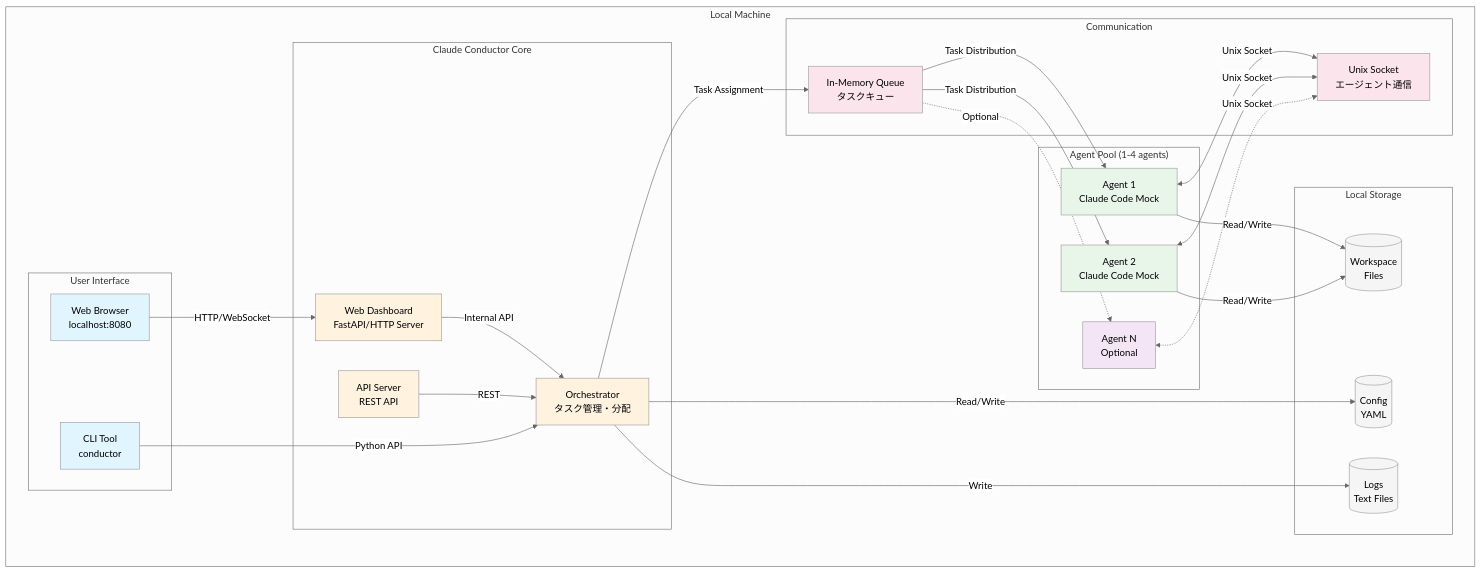
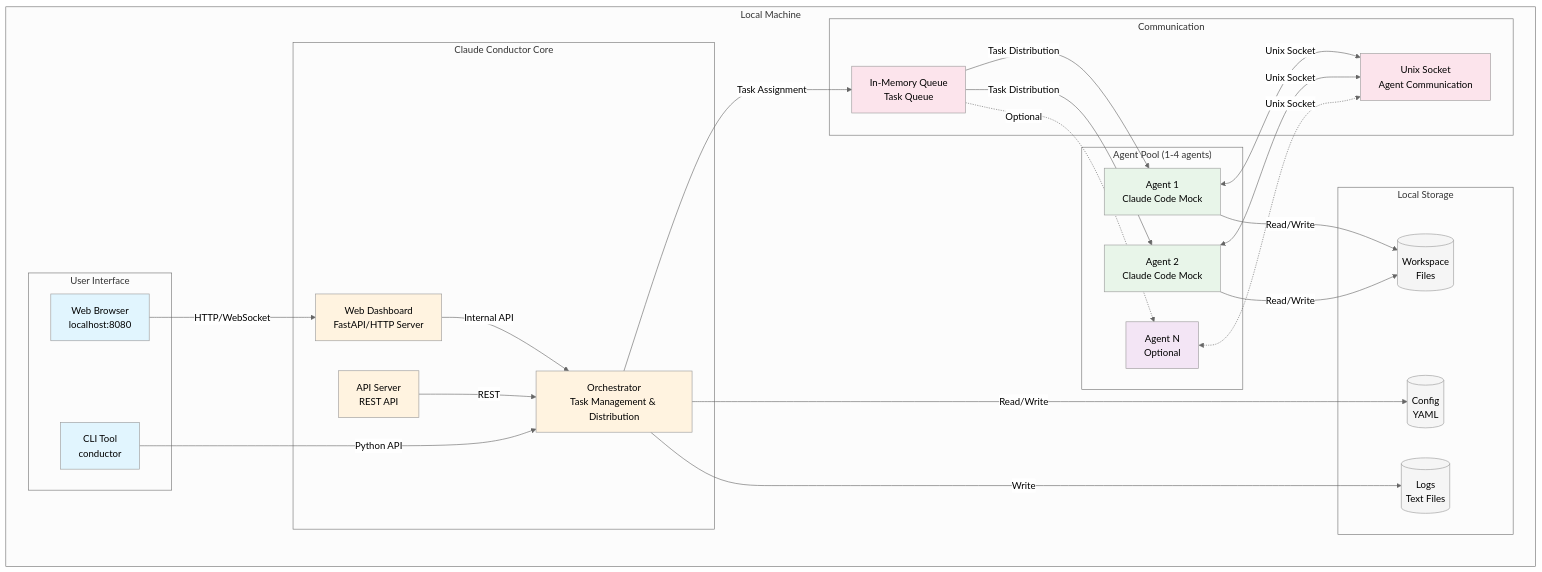
Before and after one commit to ootakazuhiko/claude-conductor: the first of 5 diagrams in docs/architecture-standalone.md, drawn with Mermaid (neutral theme). The commit also changed other lines of this file and 3 other files, not shown here.

First line of the commit message:
Complete bilingual documentation standardization for architecture and specialized docs

````diff
--- a/docs/architecture-standalone.md
+++ b/docs/architecture-standalone.md
@@ -5,65 +7,65 @@
 ```mermaid
 graph TB
     subgraph "Local Machine"
         subgraph "User Interface"
             Browser[Web Browser<br/>localhost:8080]
             CLI[CLI Tool<br/>conductor]
         end
         
         subgraph "Claude Conductor Core"
-            Orchestrator[Orchestrator<br/>タスク管理・分配]
+            Orchestrator[Orchestrator<br/>Task Management & Distribution]
             Dashboard[Web Dashboard<br/>FastAPI/HTTP Server]
             API[API Server<br/>REST API]
         end
         
         subgraph "Agent Pool (1-4 agents)"
             Agent1[Agent 1<br/>Claude Code Mock]
             Agent2[Agent 2<br/>Claude Code Mock]
             AgentN[Agent N<br/>Optional]
         end
         
         subgraph "Local Storage"
             Config[(Config<br/>YAML)]
             Workspace[(Workspace<br/>Files)]
             Logs[(Logs<br/>Text Files)]
         end
         
         subgraph "Communication"
-            Queue[In-Memory Queue<br/>タスクキュー]
-            Socket[Unix Socket<br/>エージェント通信]
+            Queue[In-Memory Queue<br/>Task Queue]
+            Socket[Unix Socket<br/>Agent Communication]
         end
     end
     
     Browser -->|HTTP/WebSocket| Dashboard
     CLI -->|Python API| Orchestrator
     Dashboard -->|Internal API| Orchestrator
     API -->|REST| Orchestrator
     
     Orchestrator -->|Task Assignment| Queue
     Queue -->|Task Distribution| Agent1
     Queue -->|Task Distribution| Agent2
     Queue -.->|Optional| AgentN
     
     Agent1 <-->|Unix Socket| Socket
     Agent2 <-->|Unix Socket| Socket
     AgentN <-.->|Unix Socket| Socket
     
     Orchestrator -->|Read/Write| Config
     Agent1 -->|Read/Write| Workspace
     Agent2 -->|Read/Write| Workspace
     Orchestrator -->|Write| Logs
     
     style Browser fill:#e1f5fe
     style CLI fill:#e1f5fe
     style Orchestrator fill:#fff3e0
     style Dashboard fill:#fff3e0
     style API fill:#fff3e0
     style Agent1 fill:#e8f5e9
     style Agent2 fill:#e8f5e9
     style AgentN fill:#f3e5f5
     style Queue fill:#fce4ec
     style Socket fill:#fce4ec
     style Config fill:#f5f5f5
     style Workspace fill:#f5f5f5
     style Logs fill:#f5f5f5
 ```
````
